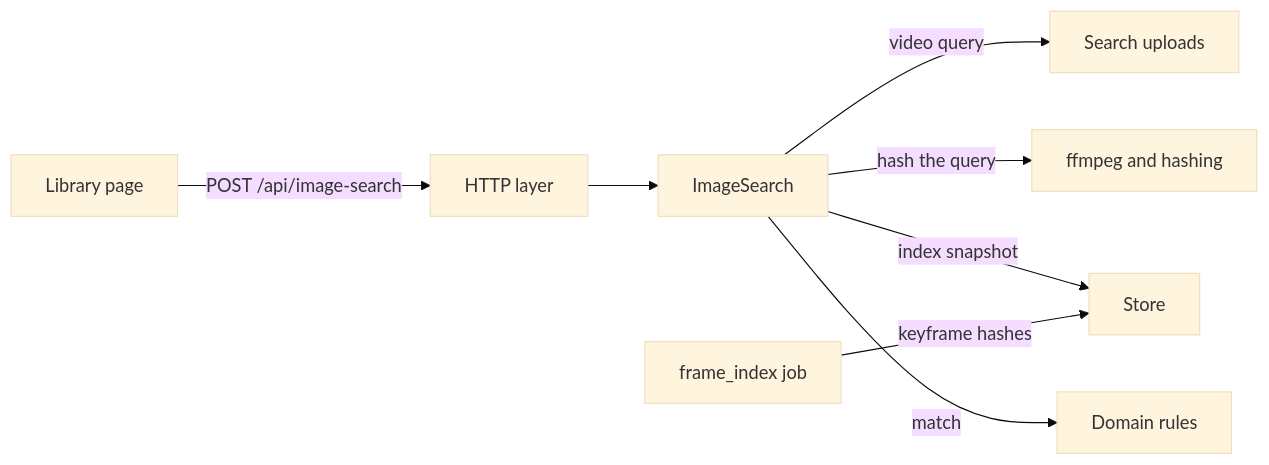
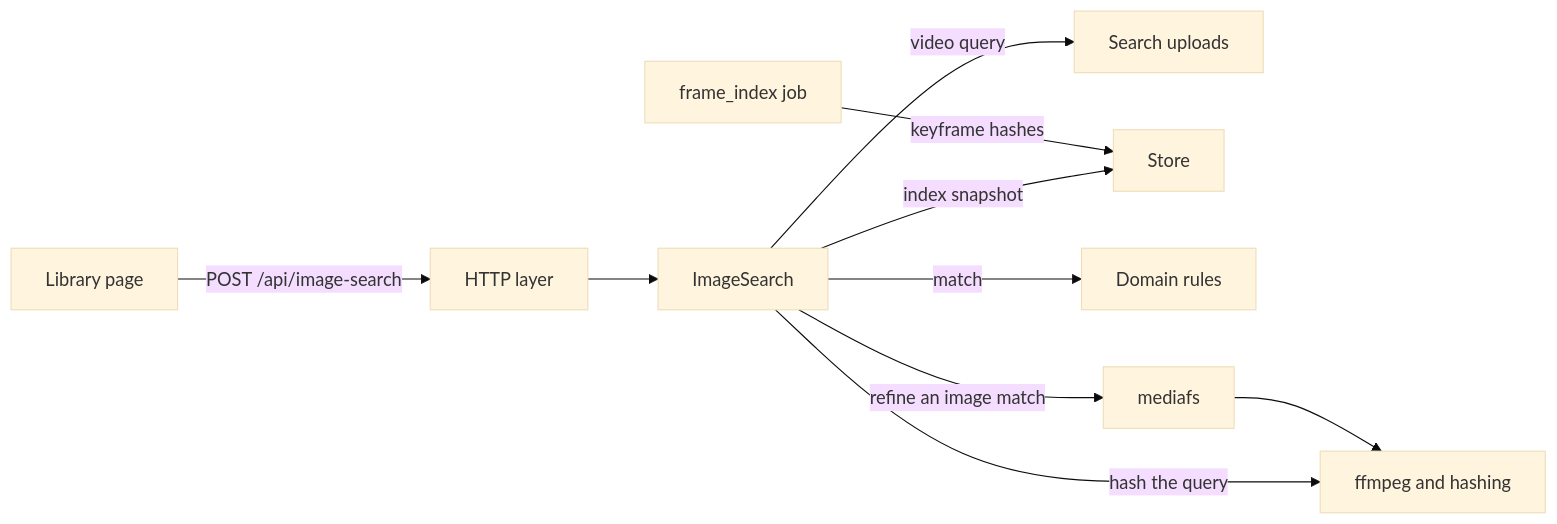
Before and after one commit to syudead/vv: the first of 3 diagrams in docs/design-docs/image-search.md, drawn with Mermaid (base theme). The commit also changed other lines of this file and 13 other files, not shown here.

First line of the commit message:
Refine image matches between keyframes from the source file

````diff
--- a/docs/design-docs/image-search.md
+++ b/docs/design-docs/image-search.md
@@ -11,10 +11,12 @@
 ```mermaid
 flowchart LR
   page[Library page] -->|POST /api/image-search| http[HTTP layer]
   http --> search[ImageSearch]
   search -->|video query| uploads[Search uploads]
   search -->|hash the query| media[ffmpeg and hashing]
   search -->|index snapshot| store[Store]
   search -->|match| domain[Domain rules]
+  search -->|refine an image match| mediafs[mediafs]
+  mediafs --> media
   job[frame_index job] -->|keyframe hashes| store
 ```
````
